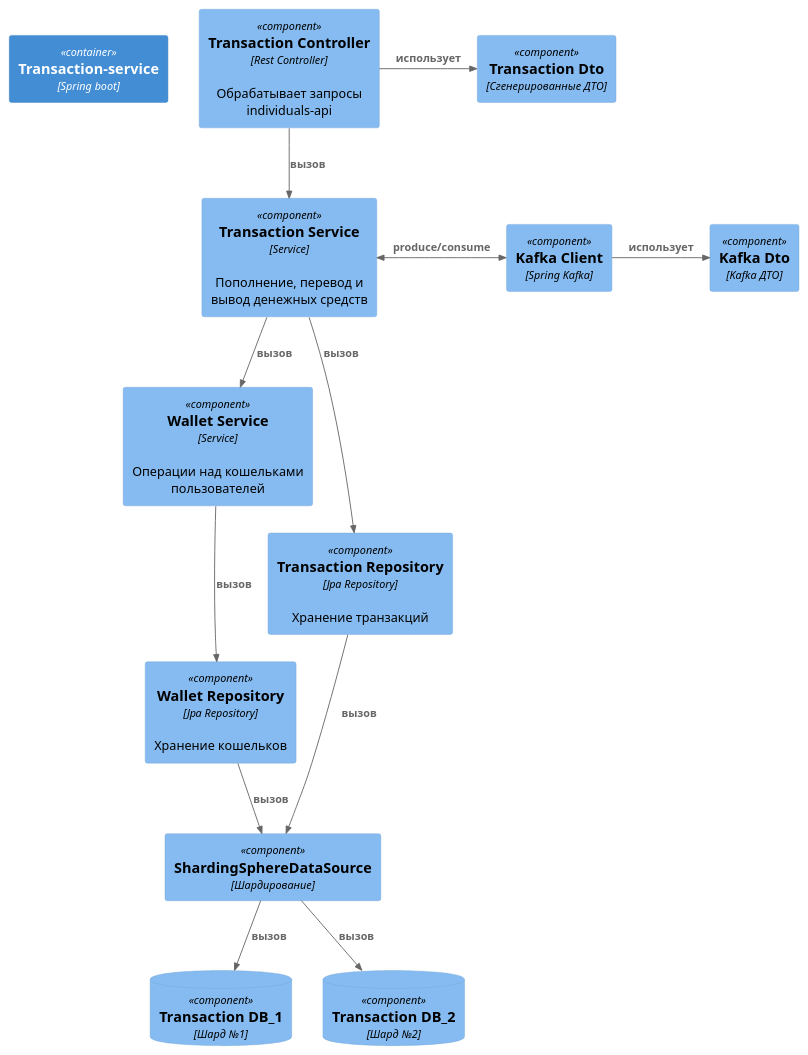
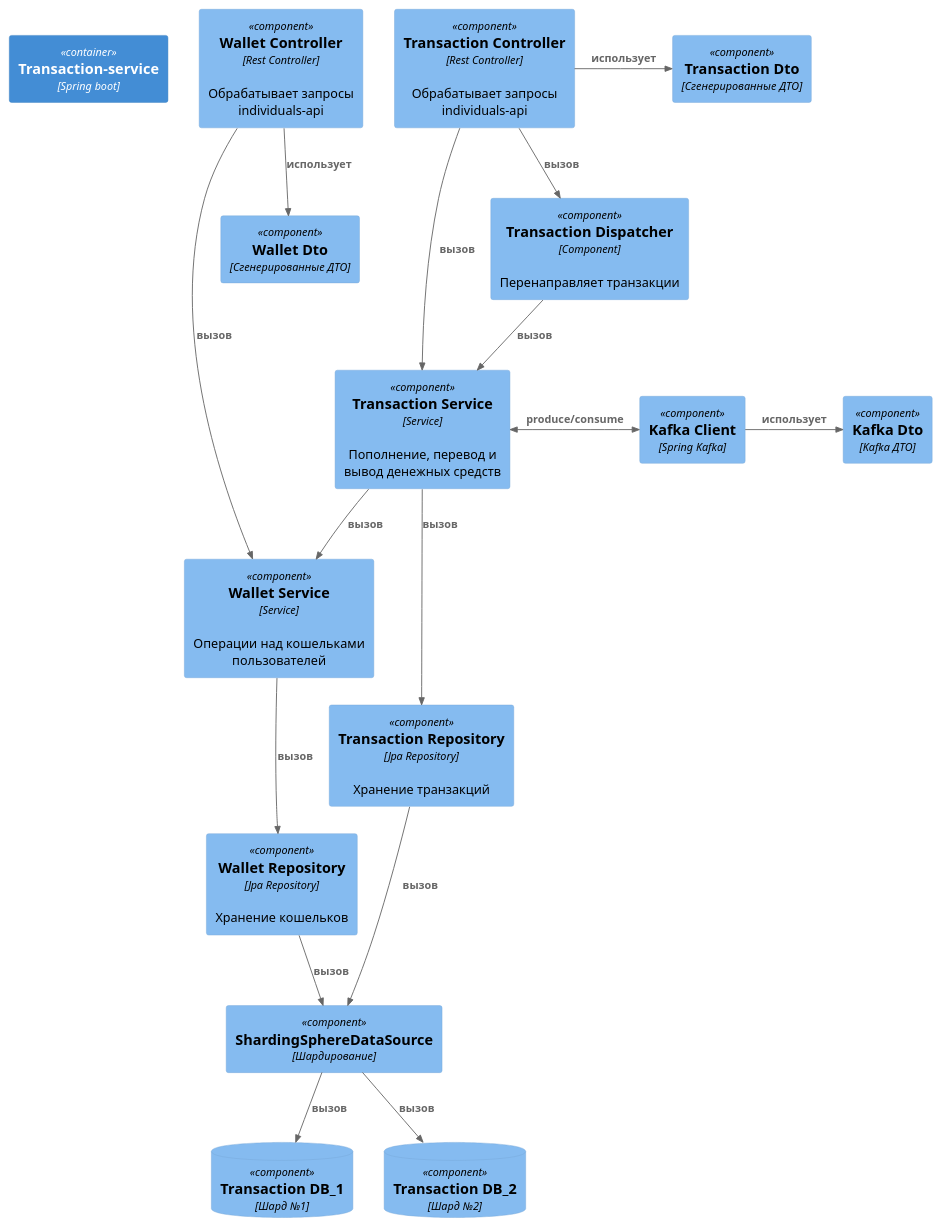
Before and after one commit to diamam90/payment-system: the diagram in diagram/transaction-service-component.puml, drawn with PlantUML. The commit also changed 69 other files, not shown here.

```diff
--- a/diagram/transaction-service-component.puml
+++ b/diagram/transaction-service-component.puml
@@ -1,40 +1,49 @@
 @startuml
 !includeurl https://raw.githubusercontent.com/plantuml-stdlib/C4-PlantUML/master/C4_Component.puml
 
 Container(ts,"Transaction-service","Spring boot")
 
 Component(tsController, "Transaction Controller", "Rest Controller", "Обрабатывает запросы individuals-api")
+Component(wsController, "Wallet Controller", "Rest Controller", "Обрабатывает запросы individuals-api")
+Component(tsDispatcher, "Transaction Dispatcher", "Component", "Перенаправляет транзакции")
 Component(tsService,"Transaction Service","Service","Пополнение, перевод и  вывод денежных средств")
-Component(wService, "Wallet Service", "Service", "Операции над кошельками пользователей")
+Component(wsService, "Wallet Service", "Service", "Операции над кошельками пользователей")
 Component(kafka,"Kafka Client","Spring Kafka")
 ComponentDb(db1,"Transaction DB_1","Шард №1")
 ComponentDb(db2,"Transaction DB_2","Шард №2")
 
 Component(tsRepo, "Transaction Repository","Jpa Repository", "Хранение транзакций")
 Component(wRepo, "Wallet Repository", "Jpa Repository","Хранение кошельков")
 Component(shard,"ShardingSphereDataSource","Шардирование")
 
 Component(tsDto, "Transaction Dto", "Сгенерированные ДТО")
+Component(wsDto, "Wallet Dto", "Сгенерированные ДТО")
 Component(kafkaDto, "Kafka Dto", "Kafka ДТО")
 
-Lay_R(ts, tsController)
+Lay_R(ts, wsController)
+Lay_R(wsController, tsController)
 Lay_D(wRepo, shard)
 Lay_D(shard, db1)
 Lay_R(db1,db2)
 
+Rel(wsController, wsService, "вызов")
 Rel(tsController, tsService, "вызов")
-Rel(tsService, wService, "вызов")
+Rel(tsController, tsDispatcher, "вызов")
+Rel(tsDispatcher, tsService, "вызов")
+Rel(tsService, wsService, "вызов")
 
-Rel(wService, wRepo, "вызов")
+Rel(wsService, wRepo, "вызов")
 Rel(tsService, tsRepo, "вызов")
 Rel(wRepo,shard, "вызов")
 Rel(tsRepo,shard, "вызов")
 Rel(shard,db1,"вызов")
 Rel(shard,db2,"вызов")
 
 Rel_R(kafka, kafkaDto, "использует")
 Rel_R(tsController, tsDto, "использует")
+Rel(wsController, wsDto, "использует")
+
 
 BiRel_R(tsService, kafka,"produce/consume")
 
 @enduml
```
